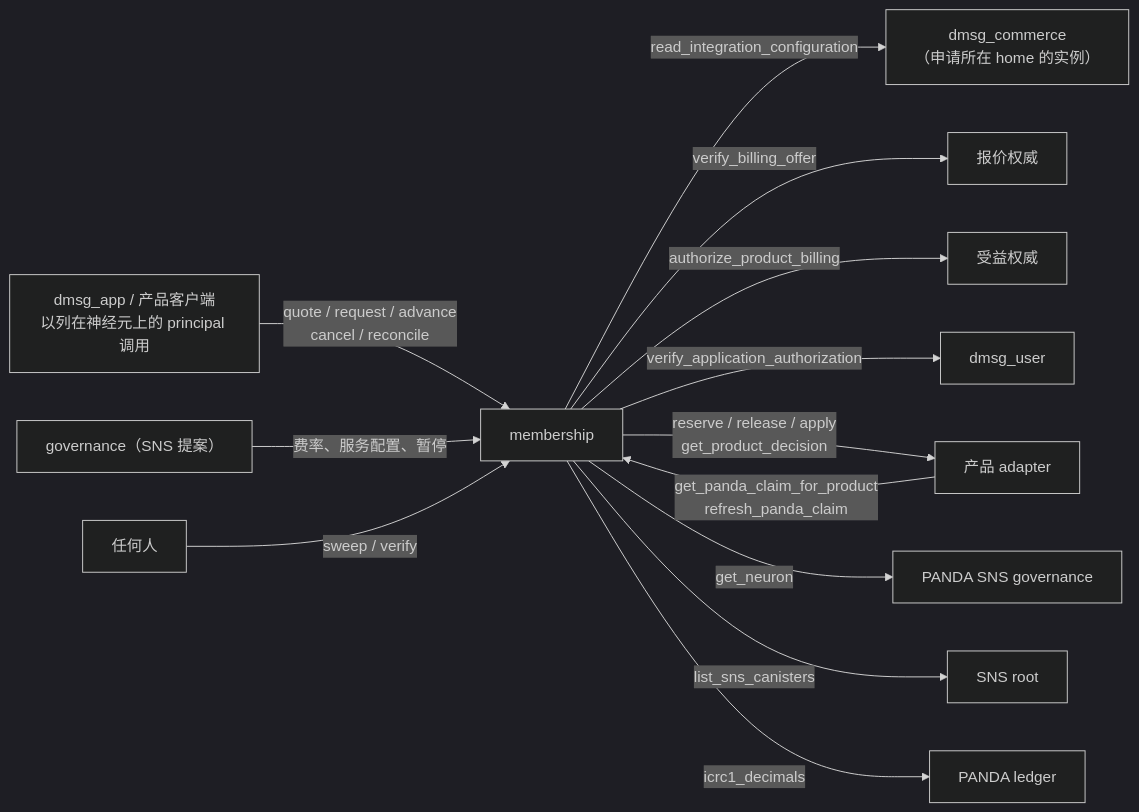
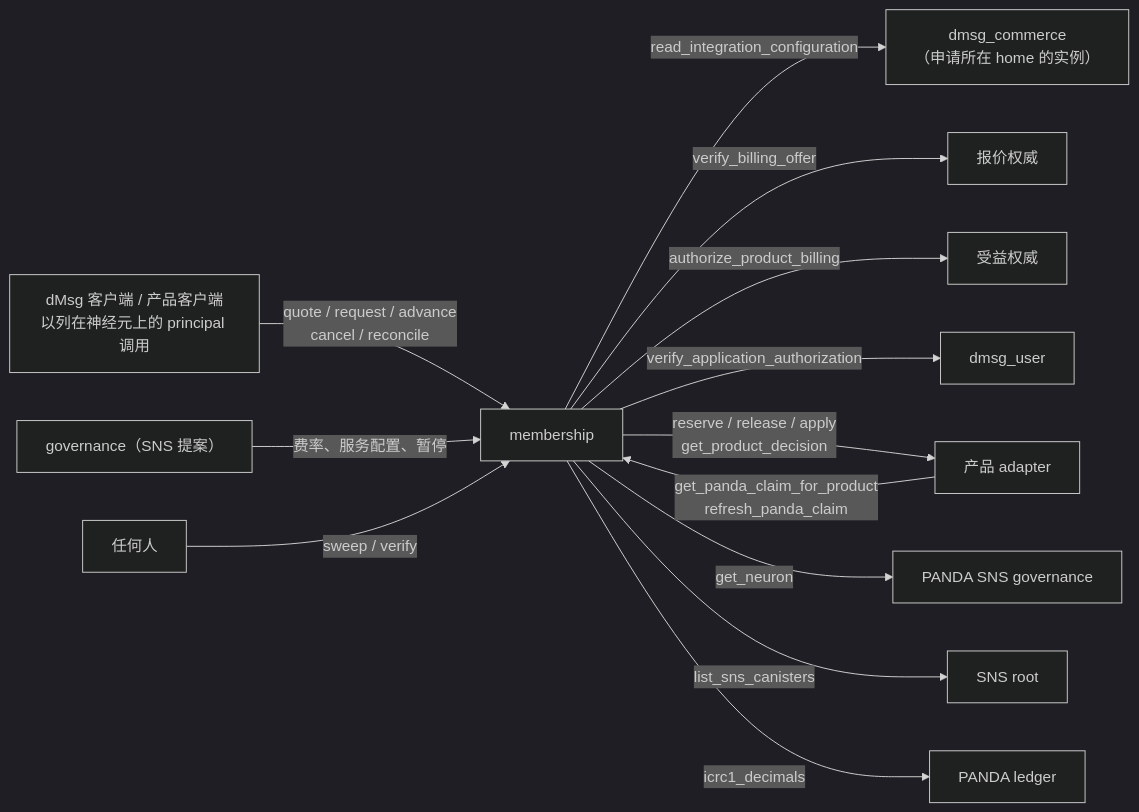
The first of 2 diagrams in src/membership/README.md (ldclabs/ic-panda), drawn with Mermaid (dark theme) before and after one commit. The commit also changed other lines of this file and 259 other files, not shown here.

````diff
--- a/src/membership/README.md
+++ b/src/membership/README.md
@@ -11,15 +11,15 @@
 ```mermaid
 flowchart LR
-  APP["dmsg_app / 产品客户端<br/>以列在神经元上的 principal 调用"] -- "quote / request / advance<br/>cancel / reconcile" --> M["membership"]
+  APP["dMsg 客户端 / 产品客户端<br/>以列在神经元上的 principal 调用"] -- "quote / request / advance<br/>cancel / reconcile" --> M["membership"]
   M -- "read_integration_configuration" --> C["dmsg_commerce<br/>（申请所在 home 的实例）"]
   M -- "verify_billing_offer" --> Q["报价权威"]
   M -- "authorize_product_billing" --> B["受益权威"]
   M -- "verify_application_authorization" --> U["dmsg_user"]
   M -- "reserve / release / apply<br/>get_product_decision" --> P["产品 adapter"]
   P -- "get_panda_claim_for_product<br/>refresh_panda_claim" --> M
   M -- "get_neuron" --> G["PANDA SNS governance"]
   M -- "list_sns_canisters" --> R["SNS root"]
   M -- "icrc1_decimals" --> L["PANDA ledger"]
   GOV["governance（SNS 提案）"] -- "费率、服务配置、暂停" --> M
   ANY["任何人"] -- "sweep / verify" --> M
 ```
````
